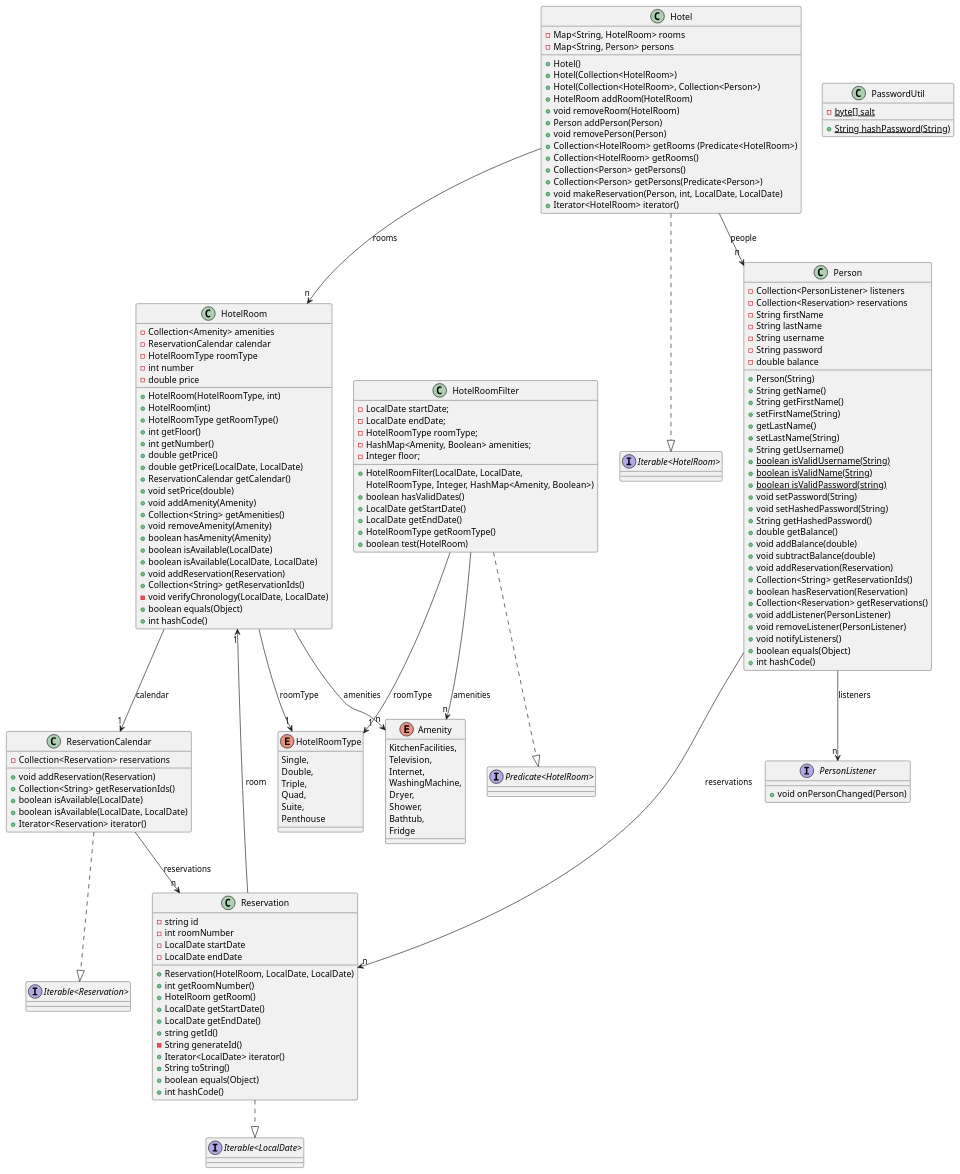
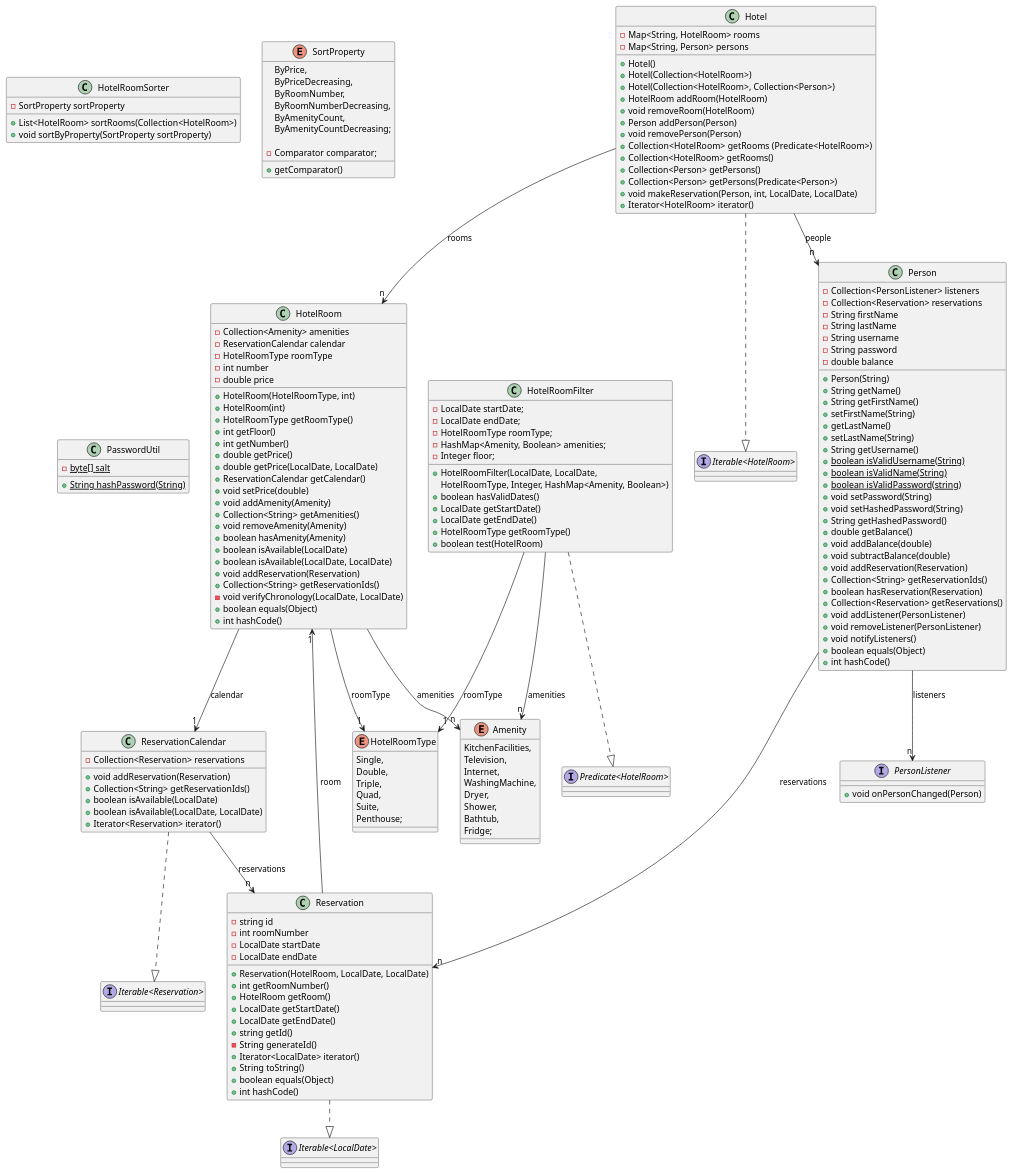
Before and after one commit to erlendps/IT1901---HotelSys: the diagram in docs/modules/core.md, drawn with PlantUML. The commit also changed 1 other file, not shown here.

Commit message:
#160 Move HotelRoomSorter to core in UML

```diff
--- a/docs/modules/core.md
+++ b/docs/modules/core.md
@@ -64,6 +64,26 @@
     + LocalDate getEndDate()
     + HotelRoomType getRoomType()
     + boolean test(HotelRoom) 
+}
+
+class HotelRoomSorter {
+    - SortProperty sortProperty
+    
+    + List<HotelRoom> sortRooms(Collection<HotelRoom>)
+    + void sortByProperty(SortProperty sortProperty)
+}
+
+enum SortProperty {
+    ByPrice,
+    ByPriceDecreasing,
+    ByRoomNumber,
+    ByRoomNumberDecreasing,
+    ByAmenityCount,
+    ByAmenityCountDecreasing;
+    
+    - Comparator comparator;
+    
+    + getComparator()
 }
 
 class PasswordUtil{
@@ -158,7 +178,7 @@
     Triple,
     Quad,
     Suite,
-    Penthouse
+    Penthouse;
 }
 
 enum Amenity {
@@ -169,7 +189,7 @@
     Dryer,
     Shower,
     Bathtub,
-    Fridge
+    Fridge;
 }
 ' defining the relations
 Hotel --> "n" HotelRoom : rooms
```
